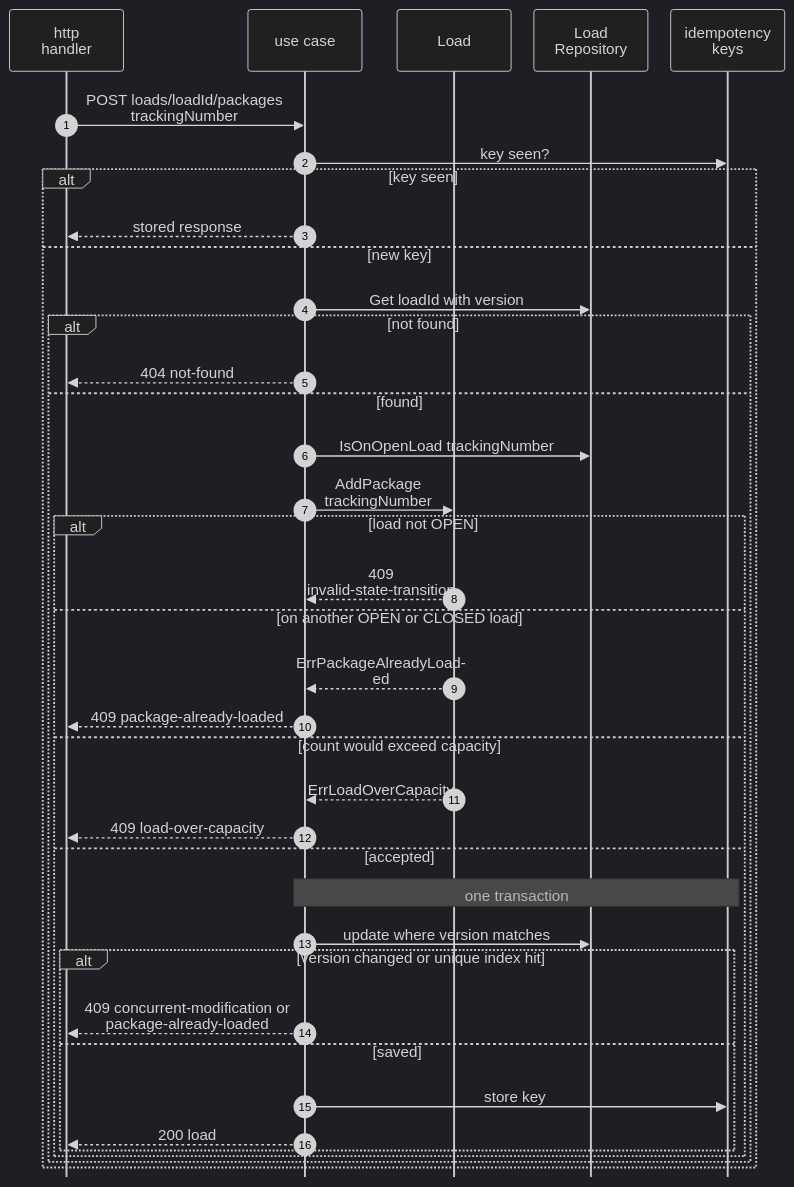
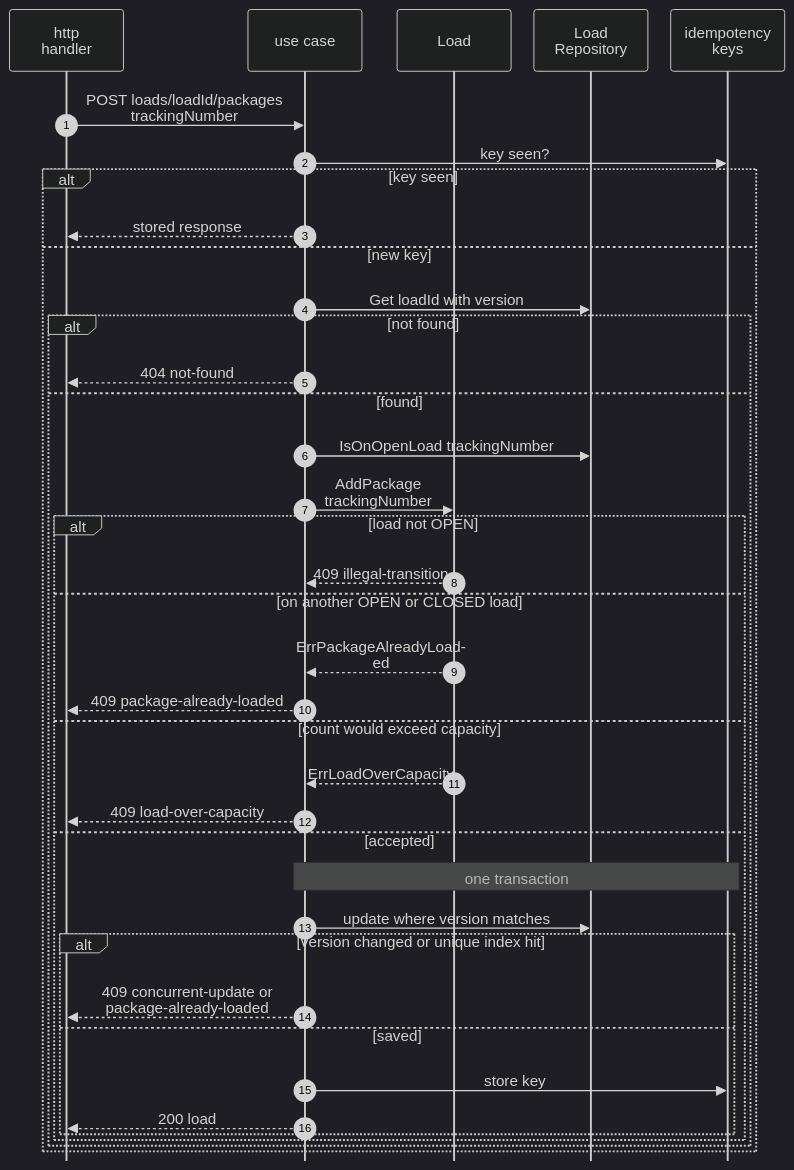
Diagram 12 of 15 in network/docs/contexts/linehaul-transportation/sequence-diagrams.md (IQVO/warehouse-docs), drawn with Mermaid (dark theme) before and after one commit. The commit also changed other lines of this file and 8 other files, not shown here.

````diff
--- a/network/docs/contexts/linehaul-transportation/sequence-diagrams.md
+++ b/network/docs/contexts/linehaul-transportation/sequence-diagrams.md
@@ -519,41 +465,41 @@
 ```mermaid
 %%{init: {"sequence": {"wrap": true, "width": 120, "actorMargin": 24, "messageMargin": 28, "boxMargin": 6, "noteMargin": 6, "mirrorActors": false}}}%%
 sequenceDiagram
     autonumber
     participant H as http<br/>handler
     participant U as use case
     participant A as Load
     participant R as Load<br/>Repository
     participant I as idempotency<br/>keys
     H->>U: POST loads/loadId/packages<br/>trackingNumber
     U->>I: key seen?
     alt key seen
         U-->>H: stored response
     else new key
         U->>R: Get loadId with version
         alt not found
             U-->>H: 404 not-found
         else found
             U->>R: IsOnOpenLoad trackingNumber
             U->>A: AddPackage trackingNumber
             alt load not OPEN
-                A-->>U: 409 invalid-state-transition
+                A-->>U: 409 illegal-transition
             else on another OPEN or CLOSED load
                 A-->>U: ErrPackageAlreadyLoaded
                 U-->>H: 409 package-already-loaded
             else count would exceed capacity
                 A-->>U: ErrLoadOverCapacity
                 U-->>H: 409 load-over-capacity
             else accepted
                 Note over U,I: one transaction
                 U->>R: update where version matches
                 alt version changed or unique index hit
-                    U-->>H: 409 concurrent-modification or package-already-loaded
+                    U-->>H: 409 concurrent-update or package-already-loaded
                 else saved
                     U->>I: store key
                     U-->>H: 200 load
                 end
             end
         end
     end
 ```
````
